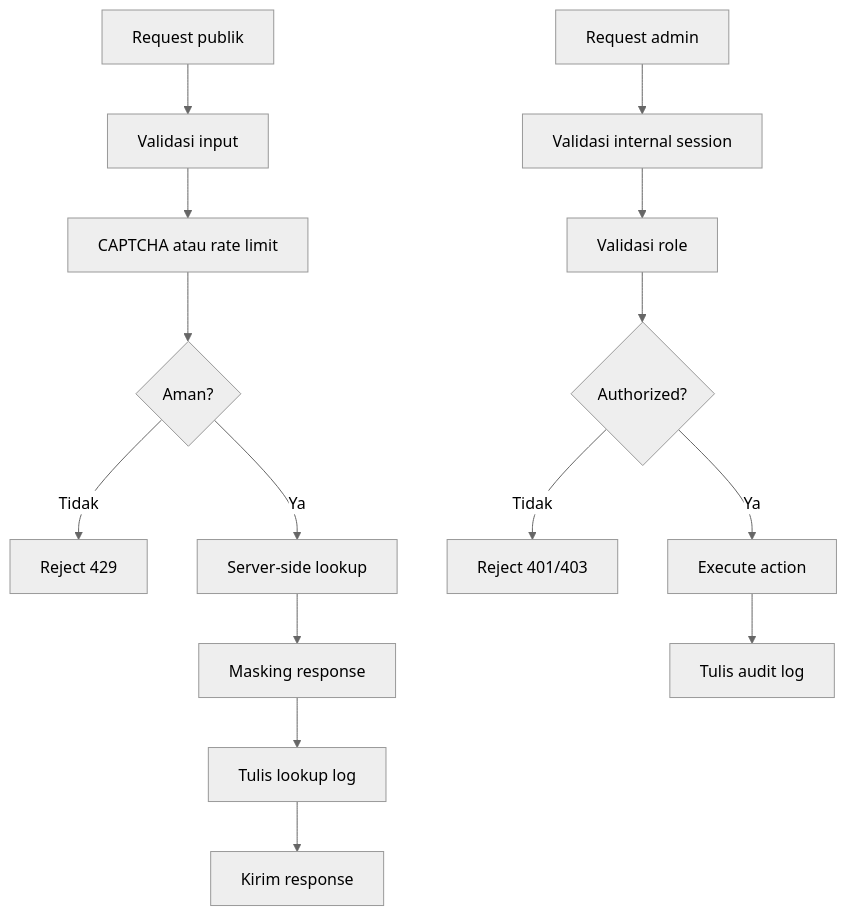
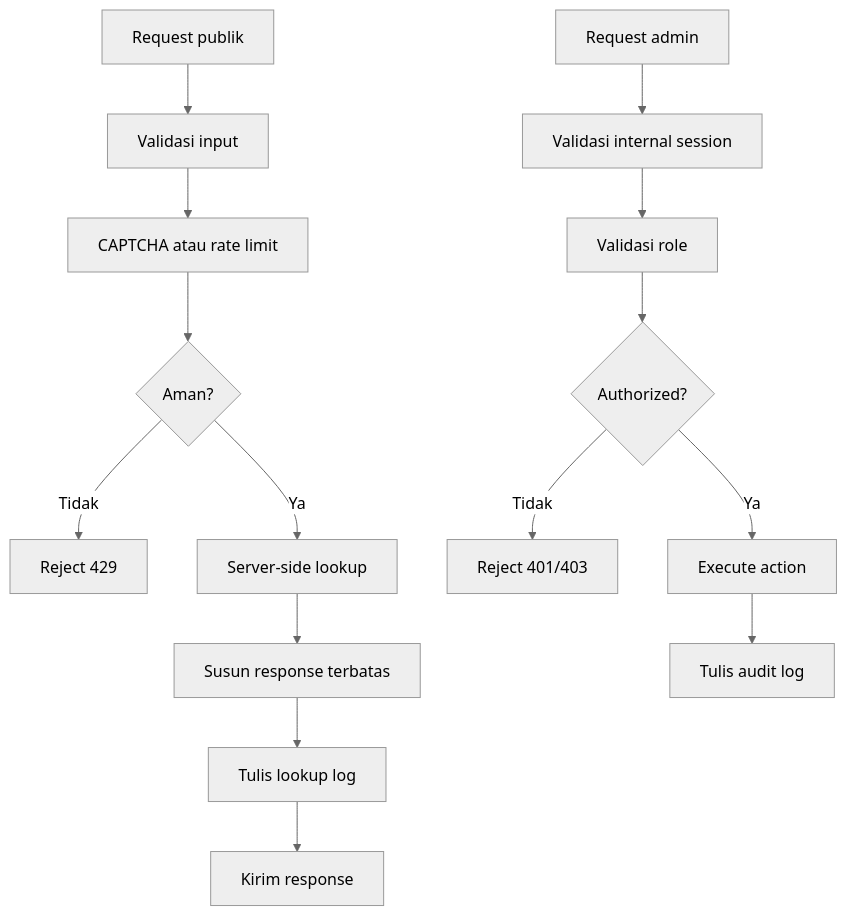
Diagram 14 of 25 in docs/03-diagrams.md (mtijan/Salut-Cek-Pembayaran), drawn with Mermaid (neutral theme) before and after one commit. The commit also changed other lines of this file and 16 other files, not shown here.

Commit message:
feat: establish core project architecture, backend services, documentation, and security baseline definitions

````diff
--- a/docs/03-diagrams.md
+++ b/docs/03-diagrams.md
@@ -439,18 +438,18 @@
 ```mermaid
 flowchart TD
     A[Request publik] --> B[Validasi input]
     B --> C[CAPTCHA atau rate limit]
     C --> D{Aman?}
     D -->|Tidak| E[Reject 429]
     D -->|Ya| F[Server-side lookup]
-    F --> G[Masking response]
+    F --> G[Susun response terbatas]
     G --> H[Tulis lookup log]
     H --> I[Kirim response]
 
     J[Request admin] --> K[Validasi internal session]
     K --> L[Validasi role]
     L --> M{Authorized?}
     M -->|Tidak| N[Reject 401/403]
     M -->|Ya| O[Execute action]
     O --> P[Tulis audit log]
 ```
````
